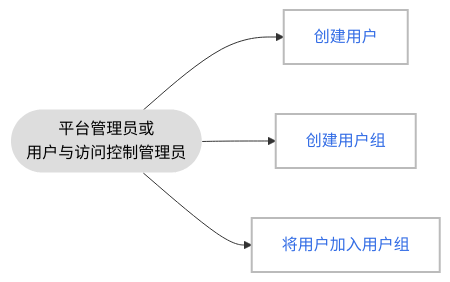
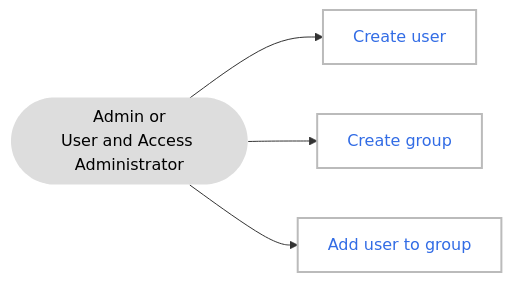
Before and after one commit to DaoCloud/DaoCloud-docs: the second of 3 diagrams in docs/en/docs/ghippo/01ProductBrief/Features.md, drawn with Mermaid. The commit also changed other lines of this file and 6 other files, not shown here.

````diff
--- a/docs/en/docs/ghippo/01ProductBrief/Features.md
+++ b/docs/en/docs/ghippo/01ProductBrief/Features.md
@@ -39,18 +39,18 @@
-    ```mermaid
-    graph LR
+     ```mermaid
+     graph LR
 
-        admin([平台管理员或<br>用户与访问控制管理员])
-        admin --> user[创建用户]
-        admin --> group[创建用户组]
-        admin --> add[将用户加入用户组]
+         admin([Admin or<br>User and Access Administrator])
+         admin --> user[Create user]
+         admin --> group[Create group]
+         admin --> add[Add user to group]
         
-    click user "https://docs.daocloud.io/ghippo/04UserGuide/01UserandAccess/User/"
-    click group "https://docs.daocloud.io/ghippo/04UserGuide/01UserandAccess/Group/"
-    click add "https://docs.daocloud.io/ghippo/04UserGuide/01UserandAccess/Group/#_5"
+    click user "https://docs.daocloud.io/en/ghippo/04UserGuide/01UserandAccess/User/"
+    click group "https://docs.daocloud.io/en/ghippo/04UserGuide/01UserandAccess/Group/"
+    click add "https://docs.daocloud.io/en/ghippo/04UserGuide/01UserandAccess/Group/#_5"
 
     classDef plain fill:#ddd,stroke:#fff,stroke-width:0px,color:#000;
     classDef k8s fill:#326ce5,stroke:#fff,stroke-width:0px,color:#fff;
     classDef cluster fill:#fff,stroke:#bbb,stroke-width:2px,color:#326ce5;
     class admin plain;
     class user,group,add cluster
-    ```
+     ```
````
